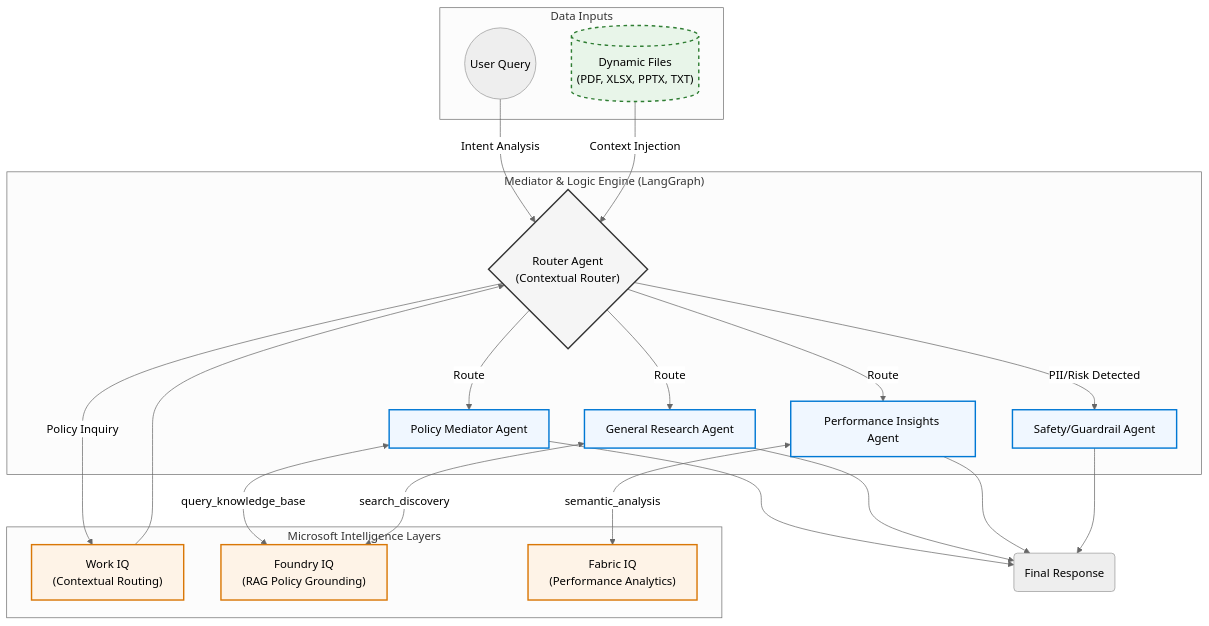
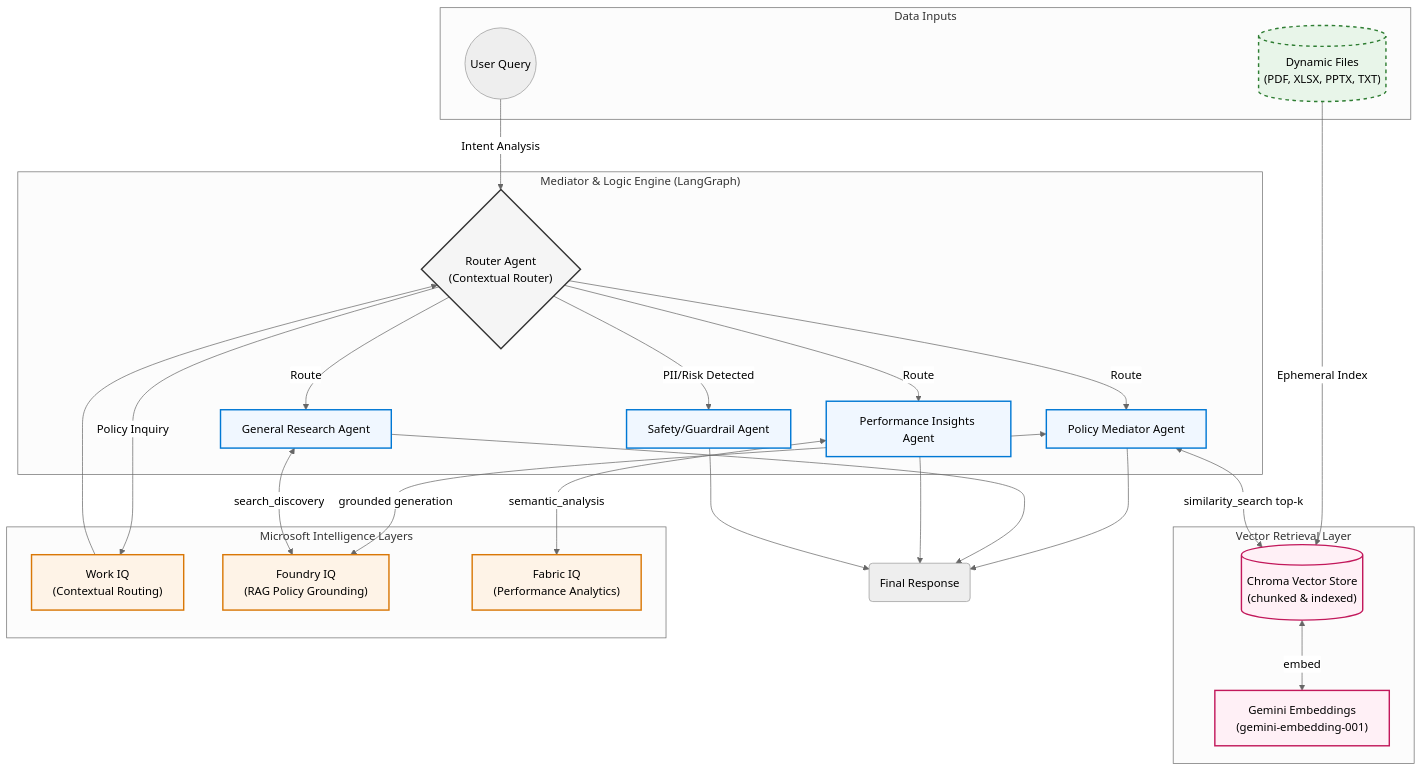
The diagram in README.md (SaiKarthikeya1706/agents-league-mediator), drawn with Mermaid (neutral theme) before and after one commit. The commit also changed other lines of this file, not shown here.

````diff
--- a/README.md
+++ b/README.md
@@ -34,60 +5,61 @@
 ```mermaid
 graph TD
-    %% User Inputs
     subgraph Inputs ["Data Inputs"]
         User((User Query))
         UserDocs[("Dynamic Files<br/>(PDF, XLSX, PPTX, TXT)")]
     end
 
-    %% Reasoning & Orchestration Layer
     subgraph Orchestration ["Mediator & Logic Engine (LangGraph)"]
         RouterNode{"Router Agent<br/>(Contextual Router)"}
         PolicyAgent["Policy Mediator Agent"]
         LogicAgent["General Research Agent"]
         InsightsAgent["Performance Insights Agent"]
         SafetyAgent["Safety/Guardrail Agent"]
     end
 
-    %% Integration with Microsoft IQ Layers
+    subgraph Retrieval ["Vector Retrieval Layer"]
+        Embed["Gemini Embeddings<br/>(gemini-embedding-001)"]
+        VectorDB[("Chroma Vector Store<br/>(chunked & indexed)")]
+    end
+
     subgraph IQ_Layers ["Microsoft Intelligence Layers"]
         WorkIQ["Work IQ<br/>(Contextual Routing)"]
         FoundryIQ["Foundry IQ<br/>(RAG Policy Grounding)"]
         FabricIQ["Fabric IQ<br/>(Performance Analytics)"]
     end
 
-    %% Updated Workflow
     User -->|Intent Analysis| RouterNode
-    UserDocs -->|Context Injection| RouterNode
-    
-    %% Routing Logic
+    UserDocs -->|Ephemeral Index| VectorDB
+
     RouterNode -->|PII/Risk Detected| SafetyAgent
     RouterNode -->|Policy Inquiry| WorkIQ
     WorkIQ --> RouterNode
-    
+
     RouterNode -->|Route| PolicyAgent
-    PolicyAgent <-->|query_knowledge_base| FoundryIQ
-    
+    PolicyAgent <-->|similarity_search top-k| VectorDB
+    VectorDB <-->|embed| Embed
+    PolicyAgent <-->|grounded generation| FoundryIQ
+
     RouterNode -->|Route| LogicAgent
     LogicAgent <-->|search_discovery| FoundryIQ
-    
+
     RouterNode -->|Route| InsightsAgent
     InsightsAgent <-->|semantic_analysis| FabricIQ
 
-    %% End Path
     PolicyAgent --> Final(Final Response)
     LogicAgent --> Final
     InsightsAgent --> Final
     SafetyAgent --> Final
 
-    %% Styling
     classDef agent fill:#f0f7ff,stroke:#0078d4,stroke-width:2px;
     classDef iq fill:#fef3e7,stroke:#d97706,stroke-width:2px;
     classDef route fill:#f5f5f5,stroke:#333,stroke-width:2px;
     classDef input fill:#e8f5e9,stroke:#2e7d32,stroke-width:2px,stroke-dasharray: 5 5;
-    
+    classDef vector fill:#fff0f6,stroke:#c2185b,stroke-width:2px;
+
     class PolicyAgent,LogicAgent,InsightsAgent,SafetyAgent agent;
     class WorkIQ,FoundryIQ,FabricIQ iq;
     class RouterNode route;
     class UserDocs input;
-
+    class Embed,VectorDB vector;
 ```
````
